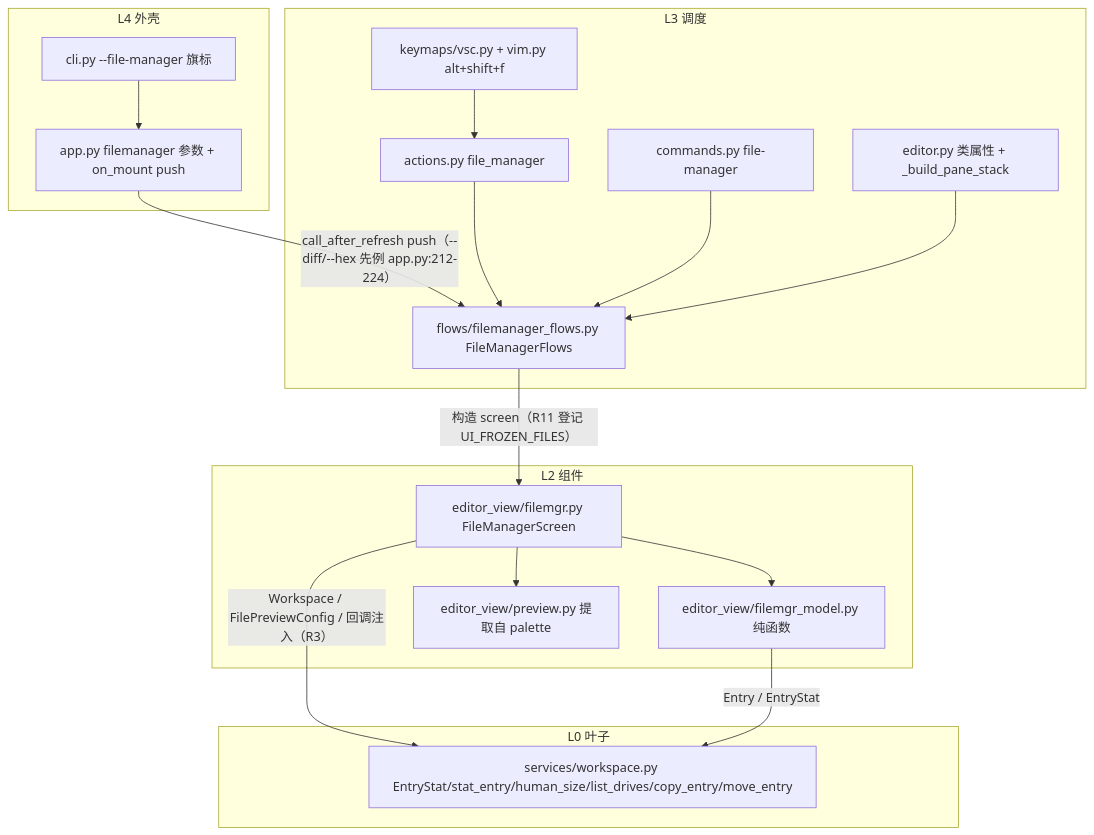
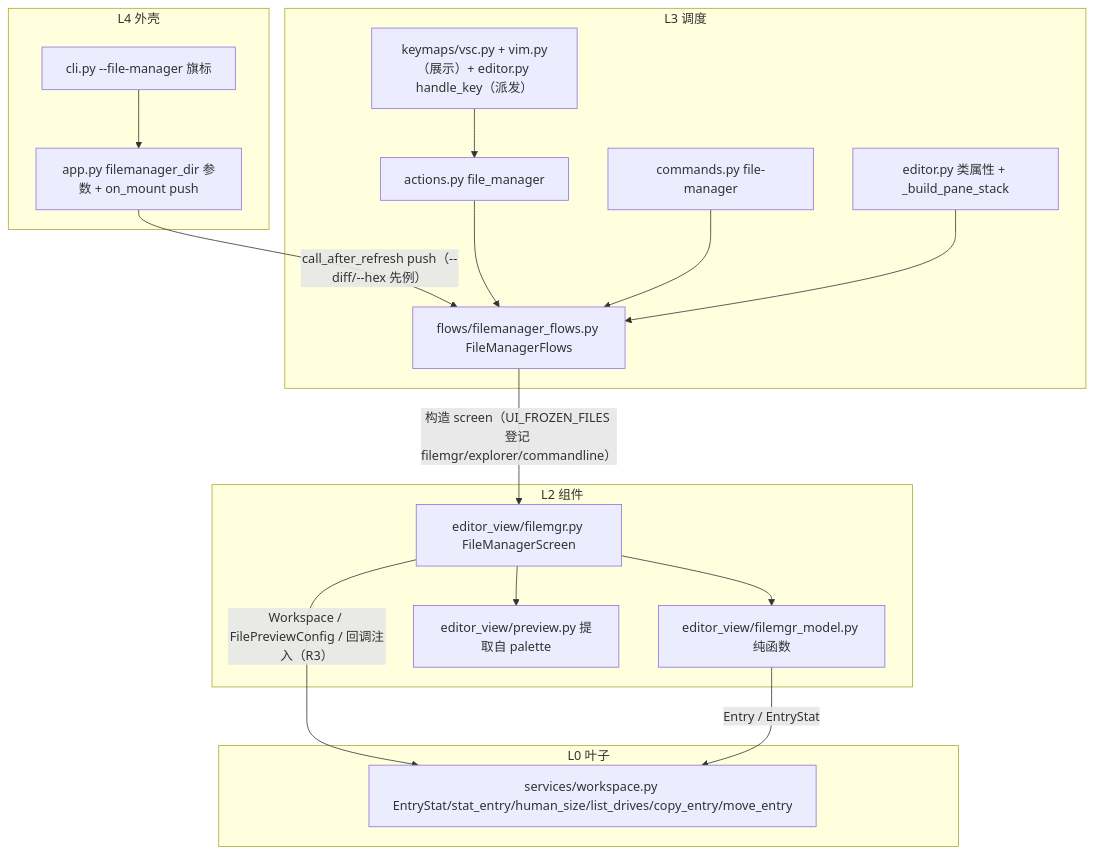
The diagram in .trae/documents/file-manager-plans/overview.md (BigThxBrigde/yate), drawn with Mermaid before and after one commit. The commit also changed other lines of this file and 5 other files, not shown here.

````diff
--- a/.trae/documents/file-manager-plans/overview.md
+++ b/.trae/documents/file-manager-plans/overview.md
@@ -49,33 +52,33 @@
 ```mermaid
 flowchart TD
     subgraph L4["L4 外壳"]
         CLI["cli.py --file-manager 旗标"]
-        APP["app.py filemanager 参数 + on_mount push"]
+        APP["app.py filemanager_dir 参数 + on_mount push"]
     end
     subgraph L3["L3 调度"]
         ACT["actions.py file_manager"]
         CMD["commands.py file-manager"]
-        KM["keymaps/vsc.py + vim.py alt+shift+f"]
+        KM["keymaps/vsc.py + vim.py（展示）+ editor.py handle_key（派发）"]
         FMF["flows/filemanager_flows.py FileManagerFlows"]
         ED["editor.py 类属性 + _build_pane_stack"]
     end
     subgraph L2["L2 组件"]
         FMS["editor_view/filemgr.py FileManagerScreen"]
         FMM["editor_view/filemgr_model.py 纯函数"]
         PV["editor_view/preview.py 提取自 palette"]
     end
     subgraph L0["L0 叶子"]
         WS["services/workspace.py EntryStat/stat_entry/human_size/list_drives/copy_entry/move_entry"]
     end
     CLI --> APP
-    APP -->|"call_after_refresh push（--diff/--hex 先例 app.py:212-224）"| FMF
+    APP -->|"call_after_refresh push（--diff/--hex 先例）"| FMF
     ACT --> FMF
     CMD --> FMF
     KM --> ACT
     ED --> FMF
-    FMF -->|"构造 screen（R11 登记 UI_FROZEN_FILES）"| FMS
+    FMF -->|"构造 screen（UI_FROZEN_FILES 登记 filemgr/explorer/commandline）"| FMS
     FMS --> FMM
     FMS --> PV
     FMS -->|"Workspace / FilePreviewConfig / 回调注入（R3）"| WS
     FMM -->|"Entry / EntryStat"| WS
 ```
````
